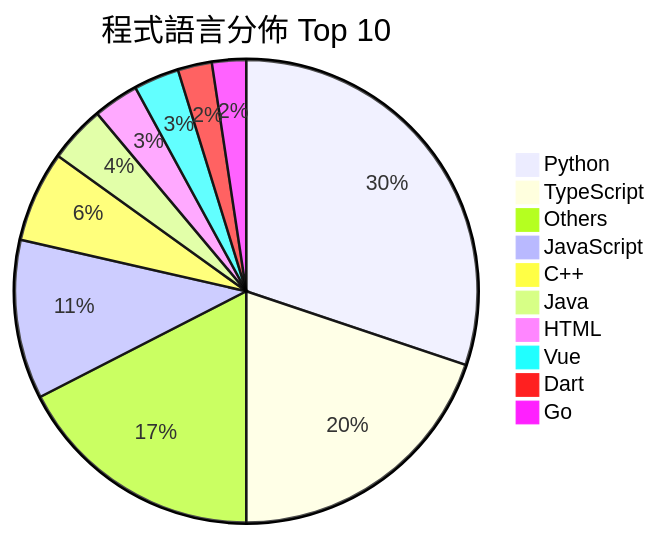
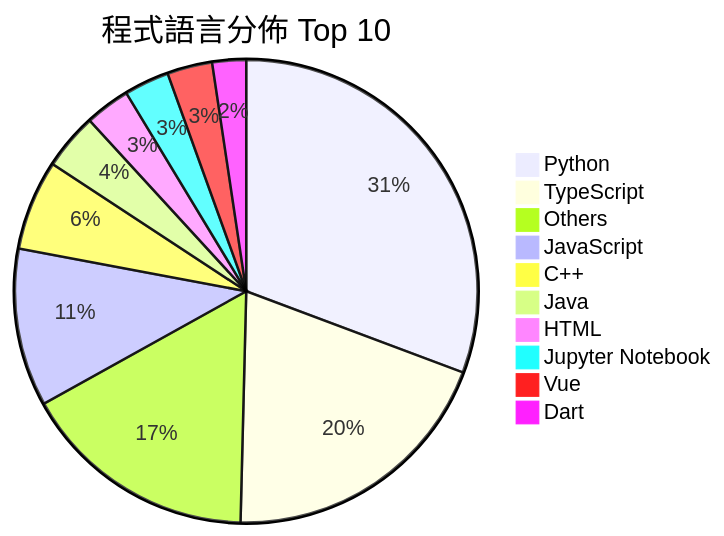
One commit to Andy87877/GitHub-Star-Manager changed the first of 2 diagrams in README.md. Above: the diagram before and after it, drawn with Mermaid. The commit also changed other lines of this file and 3 other files, not shown here.

````diff
--- a/README.md
+++ b/README.md
@@ -13,13 +13,13 @@
 ```mermaid
 pie title 程式語言分佈 Top 10
-    "Python" : 38
+    "Python" : 39
     "TypeScript" : 25
-    "Others" : 22
+    "Others" : 21
     "JavaScript" : 14
     "C++" : 8
     "Java" : 5
     "HTML" : 4
+    "Jupyter Notebook" : 4
     "Vue" : 4
     "Dart" : 3
-    "Go" : 3
 ```
````
